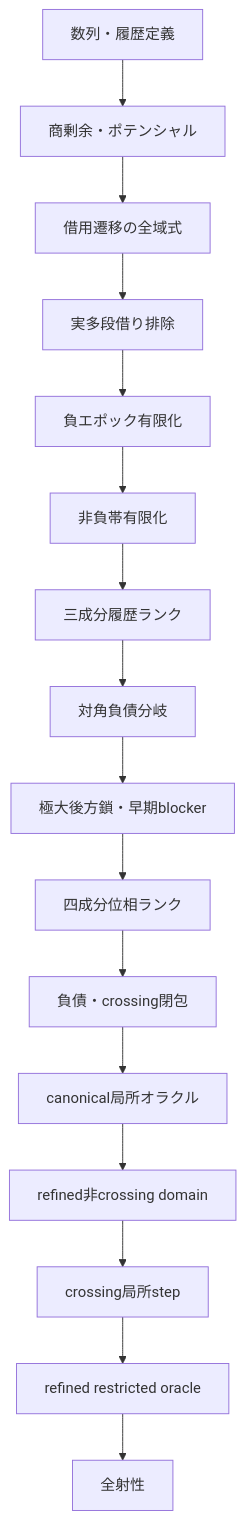
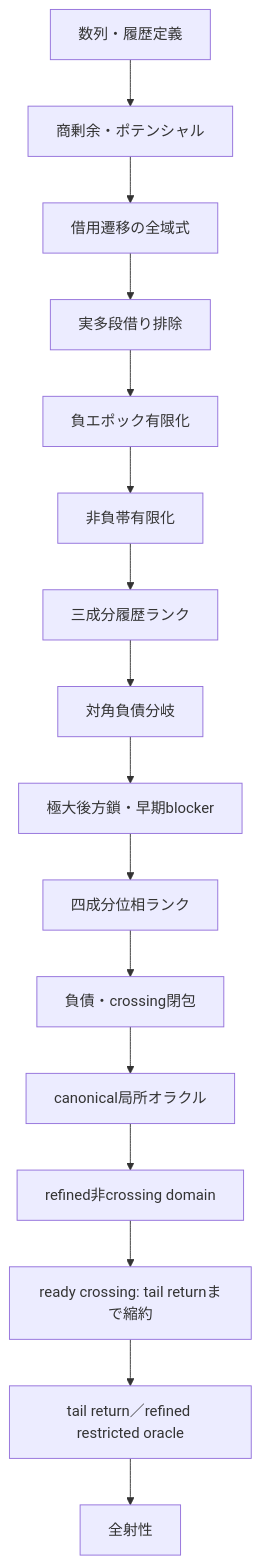
The first of 2 diagrams in docs/PROOF_MAP.md (hirokidaichi/recaman-lean-research), drawn with Mermaid before and after one commit. The commit also changed other lines of this file and 12 other files, not shown here.

Commit message:
theorem: isolate crossing tail boundary

````diff
--- a/docs/PROOF_MAP.md
+++ b/docs/PROOF_MAP.md
@@ -10,18 +10,18 @@
 ```mermaid
 flowchart TD
     A["数列・履歴定義"] --> B["商剰余・ポテンシャル"]
     B --> C["借用遷移の全域式"]
     C --> D["実多段借り排除"]
     D --> E["負エポック有限化"]
     E --> F["非負帯有限化"]
     F --> G["三成分履歴ランク"]
     G --> H["対角負債分岐"]
     H --> I["極大後方鎖・早期blocker"]
     I --> J["四成分位相ランク"]
     J --> K["負債・crossing閉包"]
     K --> L["canonical局所オラクル"]
     L --> M["refined非crossing domain"]
-    M --> N["crossing局所step"]
-    N --> O["refined restricted oracle"]
+    M --> N["ready crossing: tail returnまで縮約"]
+    N --> O["tail return／refined restricted oracle"]
     O --> P["全射性"]
 ```
````
